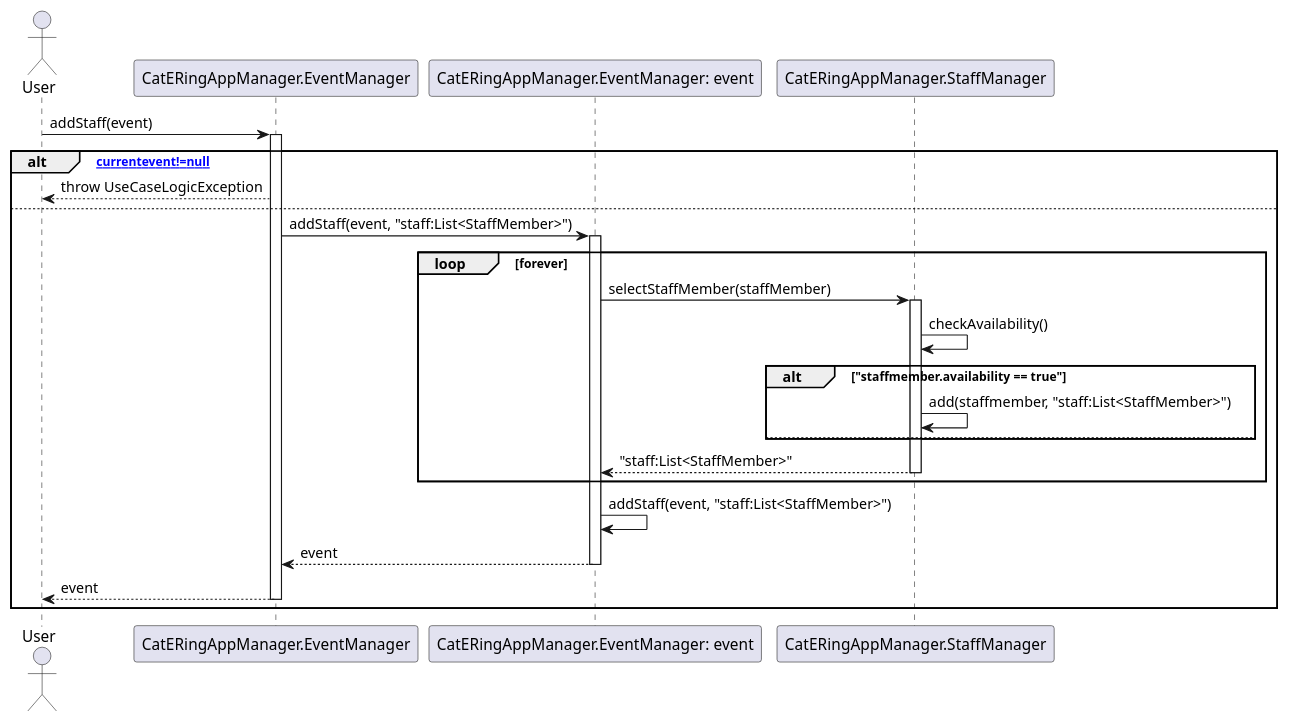
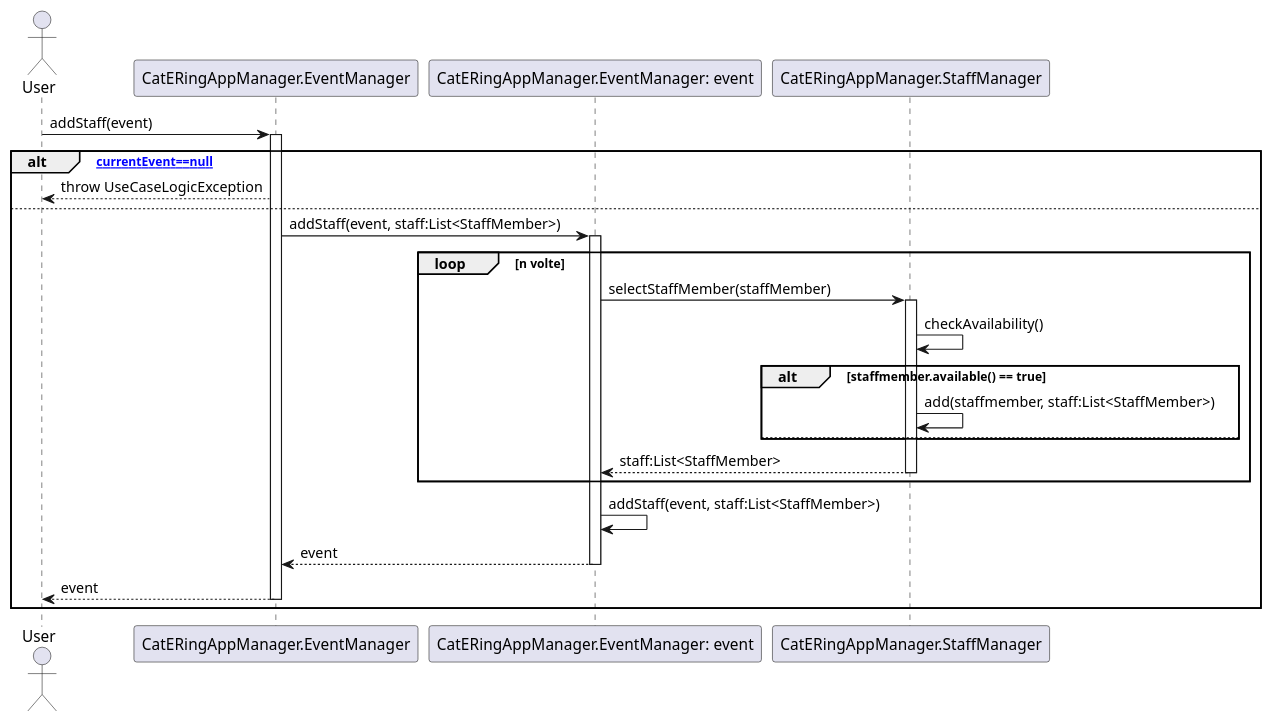
The diagram in dsd/dsd-eventi/scenarioPrincipale/4-assignStaff.md (m0canu1/sas), drawn with PlantUML before and after one commit. The commit also changed 2 other files, not shown here.

Commit message:
Standardizzazione dei nomi

````diff
--- a/dsd/dsd-eventi/scenarioPrincipale/4-assignStaff.md
+++ b/dsd/dsd-eventi/scenarioPrincipale/4-assignStaff.md
@@ -1,40 +1,40 @@
 ```plantuml
 Actor User
 Participant "CatERingAppManager.EventManager"
 Participant "CatERingAppManager.EventManager: event"
 Participant "CatERingAppManager.StaffManager"
 
 User -> "CatERingAppManager.EventManager": addStaff(event)
 Activate "CatERingAppManager.EventManager"
-alt [currentevent!=null]
+alt [currentEvent==null]
     "CatERingAppManager.EventManager" --> User: throw UseCaseLogicException
 else
-    "CatERingAppManager.EventManager" -> "CatERingAppManager.EventManager: event": addStaff(event, "staff:List<StaffMember>")
+    "CatERingAppManager.EventManager" -> "CatERingAppManager.EventManager: event": addStaff(event, staff:List<StaffMember>)
     Activate "CatERingAppManager.EventManager: event"
     
-    loop forever
+    loop n volte
         "CatERingAppManager.EventManager: event" -> "CatERingAppManager.StaffManager": selectStaffMember(staffMember)
         Activate "CatERingAppManager.StaffManager"
         
         "CatERingAppManager.StaffManager" -> "CatERingAppManager.StaffManager": checkAvailability()
-        alt "staffmember.availability == true"
-            "CatERingAppManager.StaffManager" -> "CatERingAppManager.StaffManager": add(staffmember, "staff:List<StaffMember>")
+        alt staffmember.available() == true
+            "CatERingAppManager.StaffManager" -> "CatERingAppManager.StaffManager": add(staffmember, staff:List<StaffMember>)
         else
-        
+            
         end
-        "CatERingAppManager.StaffManager" --> "CatERingAppManager.EventManager: event": "staff:List<StaffMember>"
+        "CatERingAppManager.StaffManager" --> "CatERingAppManager.EventManager: event": staff:List<StaffMember>
         Deactivate "CatERingAppManager.StaffManager"
     end
-    "CatERingAppManager.EventManager: event" -> "CatERingAppManager.EventManager: event": addStaff(event, "staff:List<StaffMember>")
+    "CatERingAppManager.EventManager: event" -> "CatERingAppManager.EventManager: event": addStaff(event, staff:List<StaffMember>)
     
     "CatERingAppManager.EventManager: event" --> "CatERingAppManager.EventManager": event
-    Deactivate
+    Deactivate "CatERingAppManager.EventManager: event"
     "CatERingAppManager.EventManager" --> User: event
-    Deactivate
+    Deactivate "CatERingAppManager.EventManager"
 end
 Deactivate "CatERingAppManager.EventManager"
 Deactivate "CatERingAppManager.EventManager: event"
 
 
 
 ```
````
